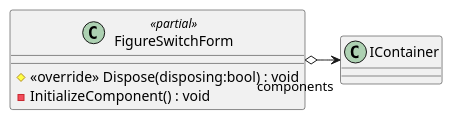
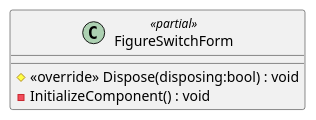
Before and after one commit to Ruslan-Gabbazov/Programming: the diagram in Docs/Programming/UI/FigureSwitchForm.Designer.puml, drawn with PlantUML. The commit also changed 16 other files, not shown here.

Commit message:
Add class diagrams

```diff
--- a/Docs/Programming/UI/FigureSwitchForm.Designer.puml
+++ b/Docs/Programming/UI/FigureSwitchForm.Designer.puml
@@ -1,7 +1,7 @@
 @startuml
 class FigureSwitchForm <<partial>> {
     # <<override>> Dispose(disposing:bool) : void
     - InitializeComponent() : void
 }
-FigureSwitchForm o-> "components" IContainer
+
 @enduml
```
